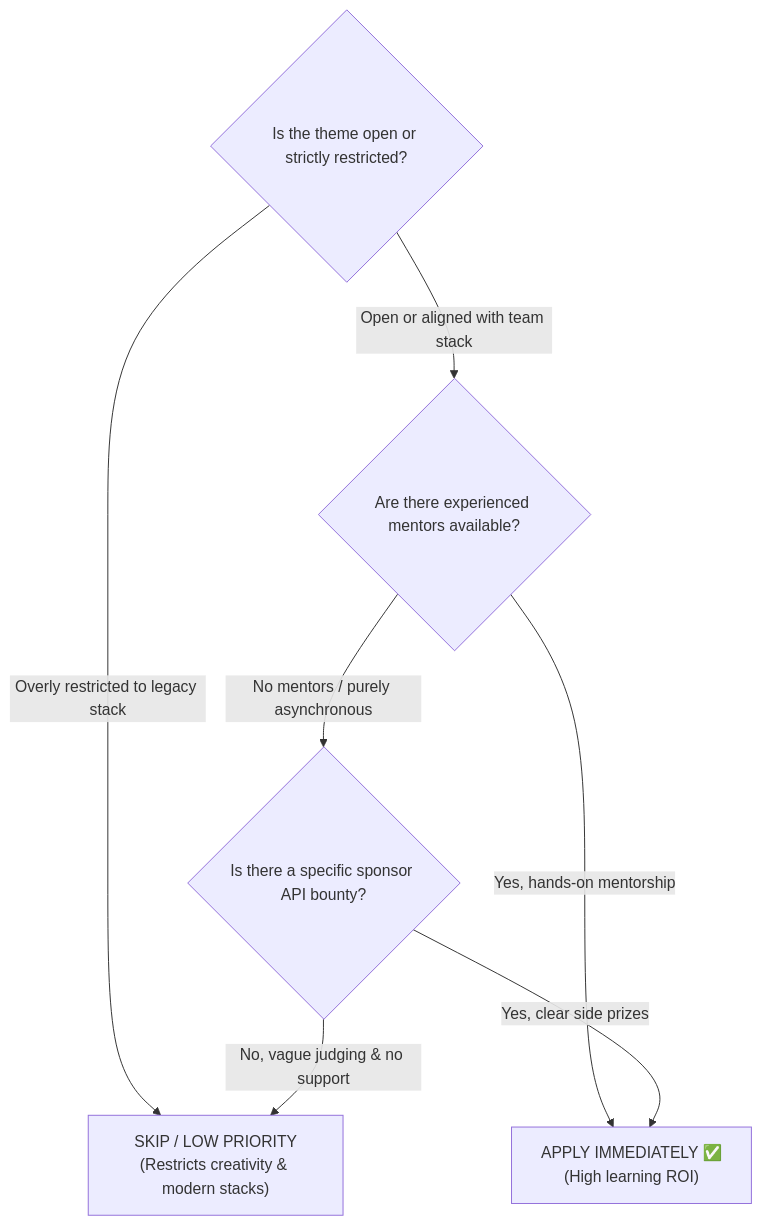
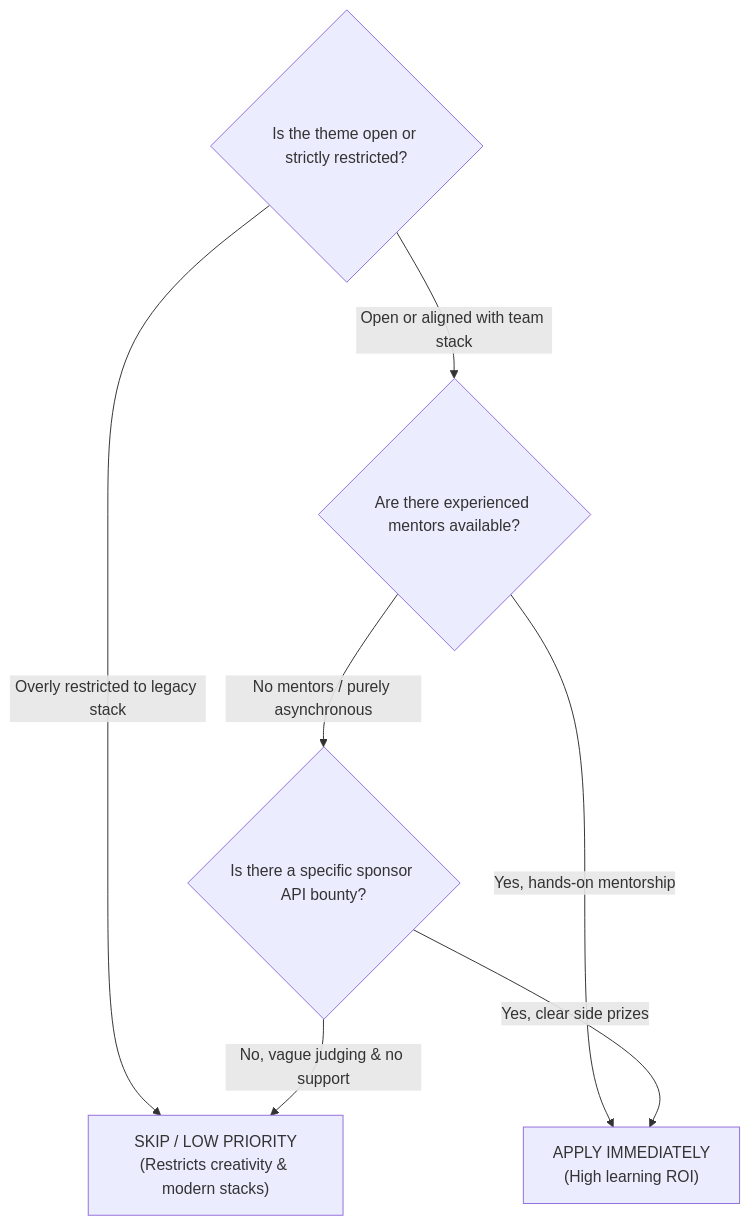
One commit to yashkoparde/hackathon101 changed the second of 3 diagrams in guides/finding-hackathons.md. Above: the diagram before and after it, drawn with Mermaid. The commit also changed 9 other files, not shown here.

````diff
--- a/guides/finding-hackathons.md
+++ b/guides/finding-hackathons.md
@@ -40,10 +40,10 @@
 ```mermaid
 flowchart TD
     Q1{"Is the theme open or strictly restricted?"}
     Q1 -- "Overly restricted to legacy stack" --> Skip["SKIP / LOW PRIORITY<br/>(Restricts creativity & modern stacks)"]
     Q1 -- "Open or aligned with team stack" --> Q2{"Are there experienced mentors available?"}
     Q2 -- "No mentors / purely asynchronous" --> Q3{"Is there a specific sponsor API bounty?"}
-    Q2 -- "Yes, hands-on mentorship" --> Green["APPLY IMMEDIATELY ✅<br/>(High learning ROI)"]
+    Q2 -- "Yes, hands-on mentorship" --> Green["APPLY IMMEDIATELY <br/>(High learning ROI)"]
     Q3 -- "Yes, clear side prizes" --> Green
     Q3 -- "No, vague judging & no support" --> Skip
 ```
````
